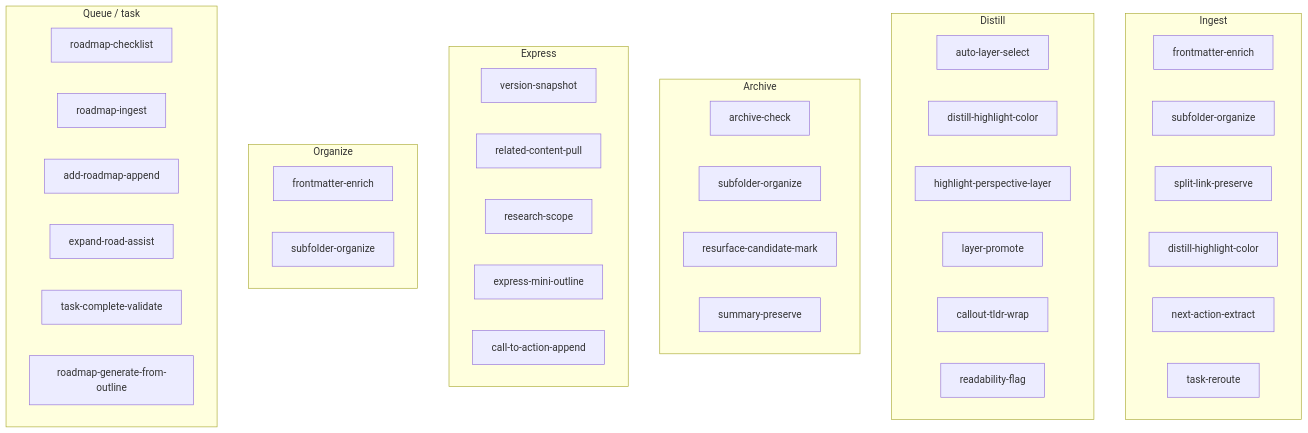
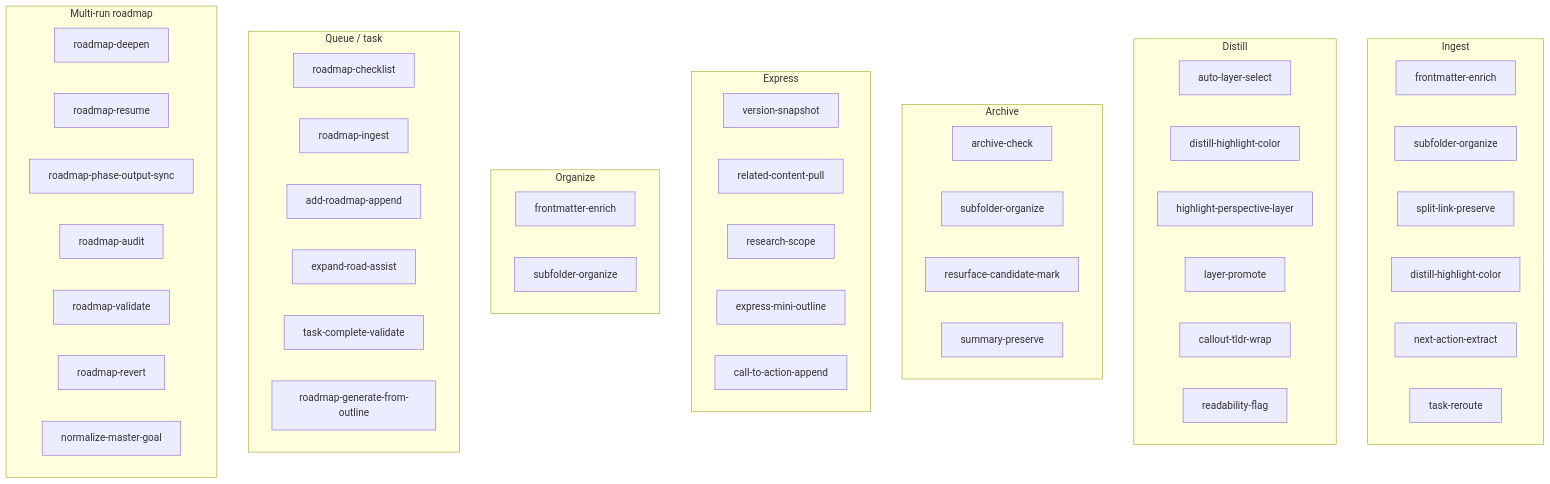
One commit to L0RDTH0TH/genesis-mythos-master-roadmap changed the first of 3 diagrams in 3-Resources/Second-Brain/Skills.md. Above: the diagram before and after it, drawn with Mermaid. The commit also changed other lines of this file and 3337 other files, not shown here.

````diff
--- a/3-Resources/Second-Brain/Skills.md
+++ b/3-Resources/Second-Brain/Skills.md
@@ -66,44 +94,53 @@
 ```mermaid
 flowchart TB
   subgraph ingest [Ingest]
     I1[frontmatter-enrich]
     I2[subfolder-organize]
     I3[split-link-preserve]
     I4[distill-highlight-color]
     I5[next-action-extract]
     I6[task-reroute]
   end
   subgraph distill [Distill]
     D1[auto-layer-select]
     D2[distill-highlight-color]
     D3[highlight-perspective-layer]
     D4[layer-promote]
     D5[callout-tldr-wrap]
     D6[readability-flag]
   end
   subgraph archive [Archive]
     A1[archive-check]
     A2[subfolder-organize]
     A3[resurface-candidate-mark]
     A4[summary-preserve]
   end
   subgraph express [Express]
     E1[version-snapshot]
     E2[related-content-pull]
     E2a[research-scope]
     E3[express-mini-outline]
     E4[call-to-action-append]
   end
   subgraph organize [Organize]
     O1[frontmatter-enrich]
     O2[subfolder-organize]
   end
   subgraph queue [Queue / task]
     Q1[roadmap-checklist]
     Q2[roadmap-ingest]
     Q3[add-roadmap-append]
     Q4[expand-road-assist]
     Q5[task-complete-validate]
-  Q6[roadmap-generate-from-outline]
+    Q6[roadmap-generate-from-outline]
+  end
+  subgraph roadmap [Multi-run roadmap]
+    R0[roadmap-deepen]
+    R1[roadmap-resume]
+    R2[roadmap-phase-output-sync]
+    R3[roadmap-audit]
+    R4[roadmap-validate]
+    R5[roadmap-revert]
+    R6[normalize-master-goal]
   end
 ```
````
